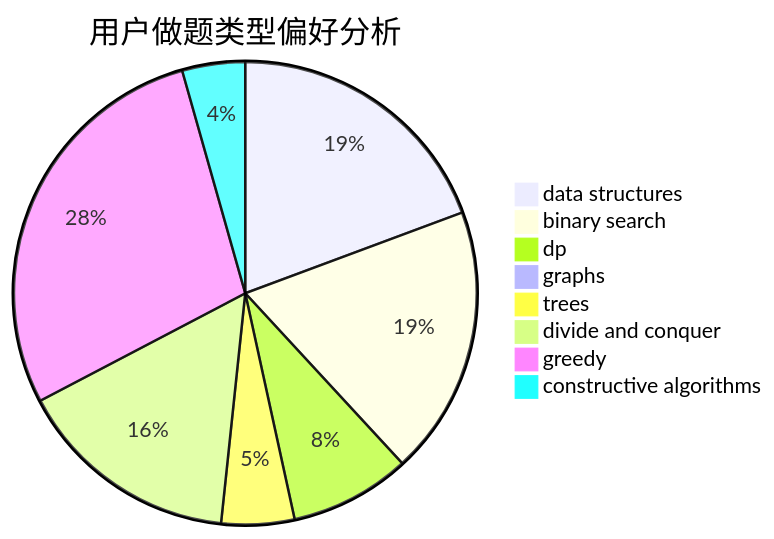
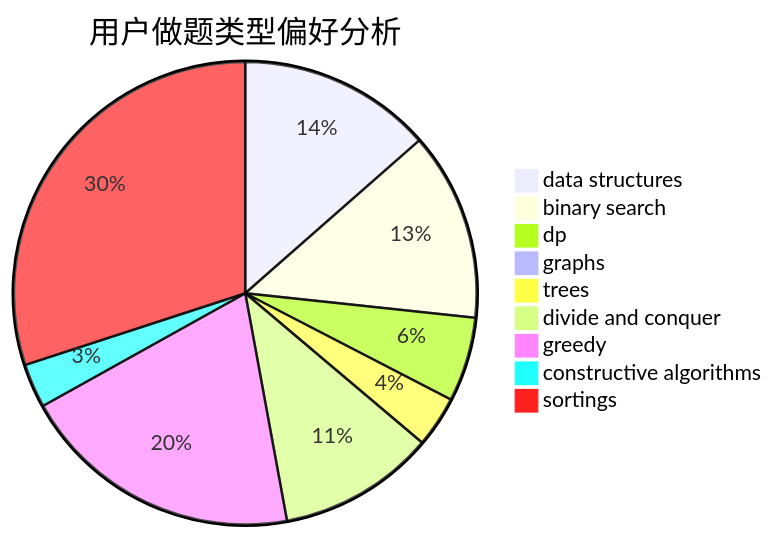
Before and after one commit to sherpahu/cfrs.github.io: the second of 3 diagrams in docs/user/u2461.md, drawn with Mermaid. The commit also changed other lines of this file and 2769 other files, not shown here.

````diff
--- a/docs/user/u2461.md
+++ b/docs/user/u2461.md
@@ -23,11 +18,12 @@
 ```mermaid
 pie title 用户做题类型偏好分析
     "data structures" :  110
     "binary search" :  107
     "dp" :  48
     "graphs" :  0
     "trees" :  29
     "divide and conquer" :  89
     "greedy" :  161
     "constructive algorithms" :  25
+    "sortings" :  244
 ```
````
